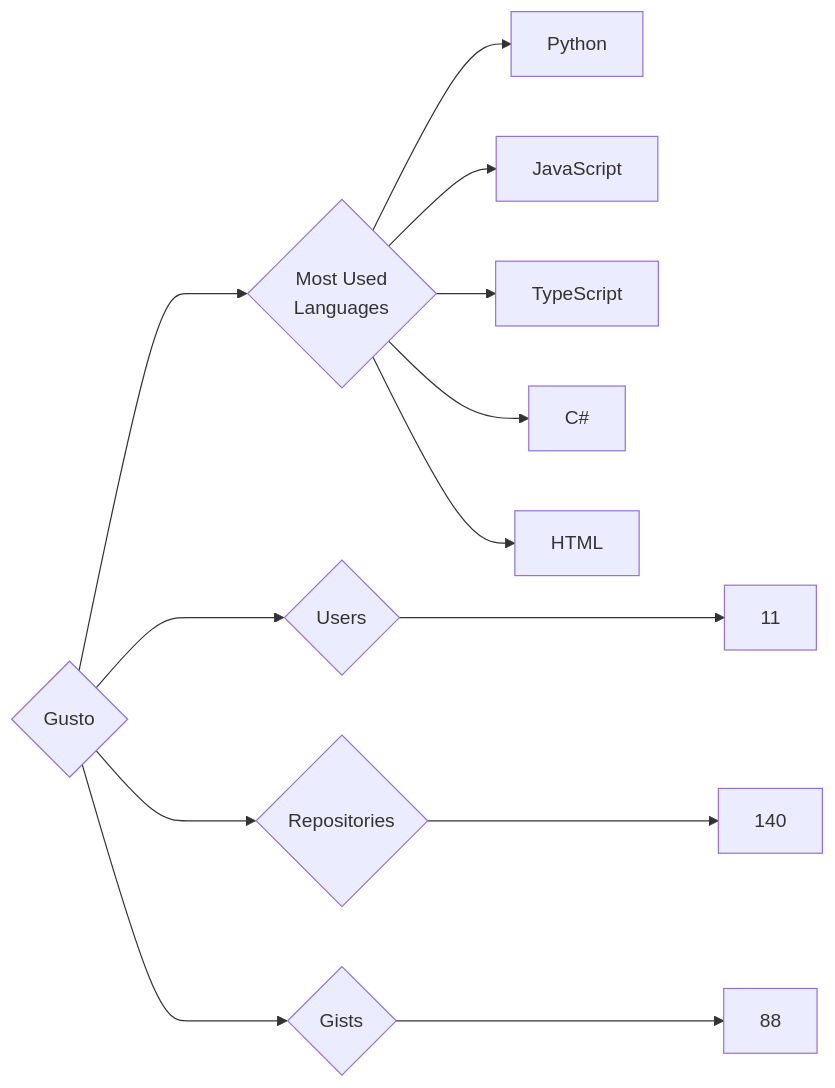
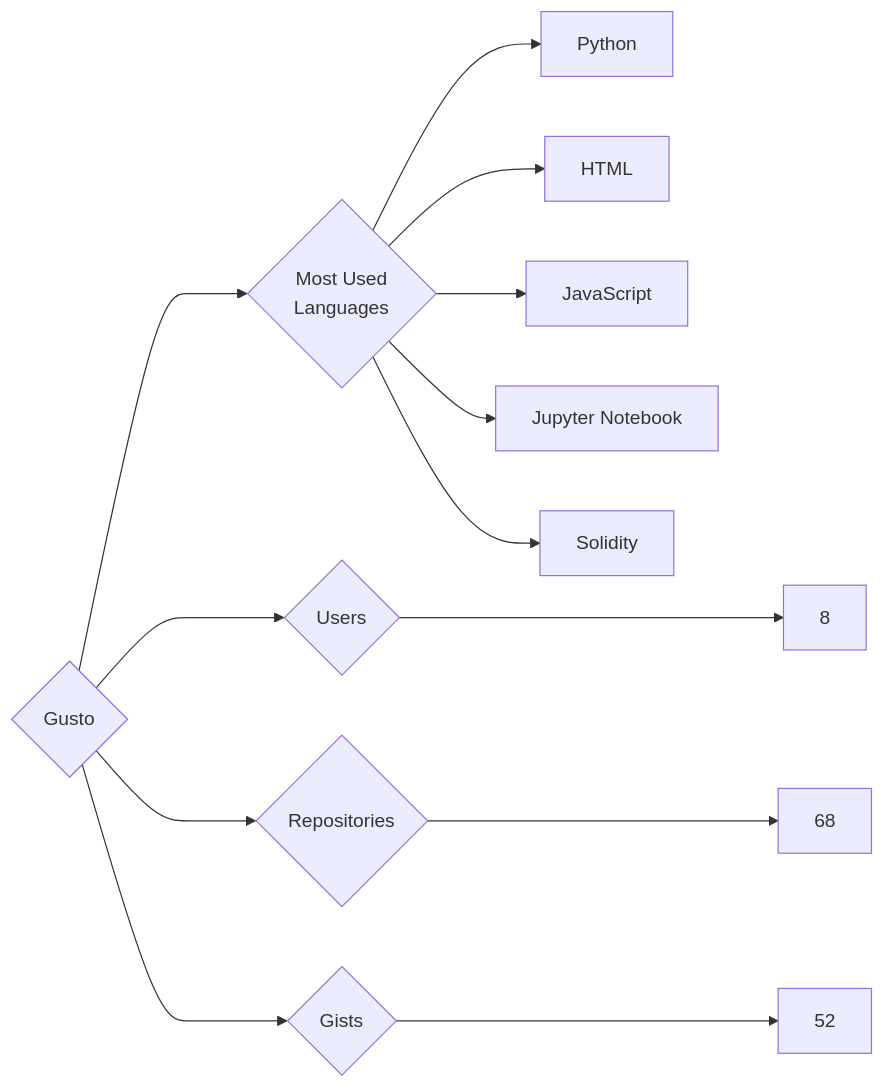
One commit to trickest/insiders changed the diagram in targets/Gusto/README.md. Above: the diagram before and after it, drawn with Mermaid. The commit also changed 934 other files, not shown here.

````diff
--- a/targets/Gusto/README.md
+++ b/targets/Gusto/README.md
@@ -3,13 +3,13 @@
 ```mermaid
 graph LR
 COMPANY_NAME{Gusto}
-COMPANY_NAME ---> U{Users} ---> UN[11]
-COMPANY_NAME ---> R{Repositories} ---> RN[140]
-COMPANY_NAME ---> G{Gists} ---> GN[88]
+COMPANY_NAME ---> U{Users} ---> UN[8]
+COMPANY_NAME ---> R{Repositories} ---> RN[68]
+COMPANY_NAME ---> G{Gists} ---> GN[52]
 COMPANY_NAME ---> ML{Most Used<br>Languages}
 ML --> Python[Python]
+ML --> HTML[HTML]
 ML --> JavaScript[JavaScript]
-ML --> TypeScript[TypeScript]
-ML --> C#[C#]
-ML --> HTML[HTML]
+ML --> Jupyter_Notebook[Jupyter Notebook]
+ML --> Solidity[Solidity]
 ```
````
